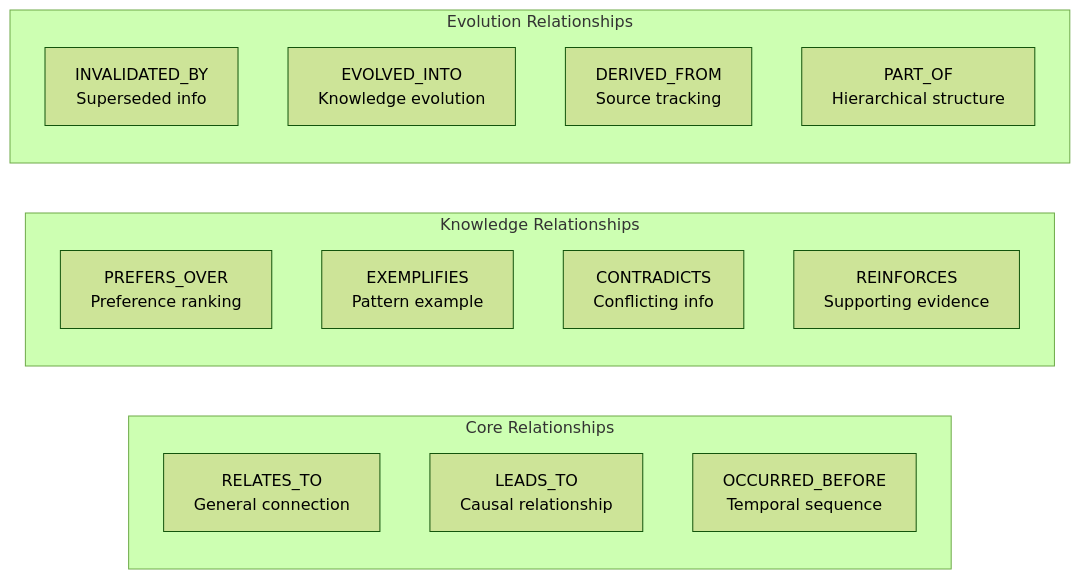
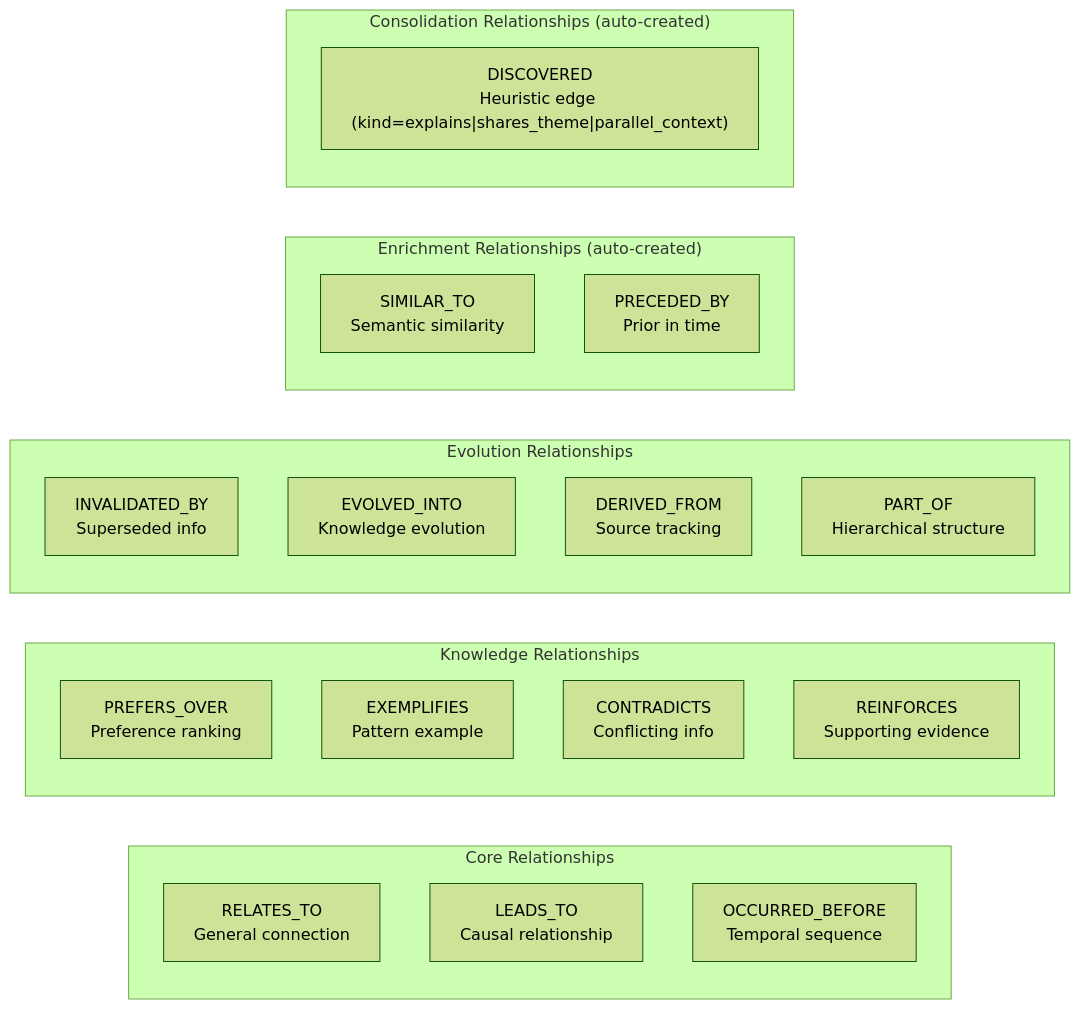
Before and after one commit to verygoodplugins/automem-website: the first of 4 diagrams in src/content/docs/docs/core-concepts/relationship-types.md, drawn with Mermaid (forest theme). The commit also changed other lines of this file and 52 other files, not shown here.

````diff
--- a/src/content/docs/docs/core-concepts/relationship-types.md
+++ b/src/content/docs/docs/core-concepts/relationship-types.md
@@ -37,22 +38,31 @@
 ```mermaid
 graph LR
     subgraph "Core Relationships"
         RELATES_TO["RELATES_TO<br/>General connection"]
         LEADS_TO["LEADS_TO<br/>Causal relationship"]
         OCCURRED_BEFORE["OCCURRED_BEFORE<br/>Temporal sequence"]
     end
 
     subgraph "Knowledge Relationships"
         PREFERS_OVER["PREFERS_OVER<br/>Preference ranking"]
         EXEMPLIFIES["EXEMPLIFIES<br/>Pattern example"]
         CONTRADICTS["CONTRADICTS<br/>Conflicting info"]
         REINFORCES["REINFORCES<br/>Supporting evidence"]
     end
 
     subgraph "Evolution Relationships"
         INVALIDATED_BY["INVALIDATED_BY<br/>Superseded info"]
         EVOLVED_INTO["EVOLVED_INTO<br/>Knowledge evolution"]
         DERIVED_FROM["DERIVED_FROM<br/>Source tracking"]
         PART_OF["PART_OF<br/>Hierarchical structure"]
     end
+
+    subgraph "Enrichment Relationships (auto-created)"
+        SIMILAR_TO["SIMILAR_TO<br/>Semantic similarity"]
+        PRECEDED_BY["PRECEDED_BY<br/>Prior in time"]
+    end
+
+    subgraph "Consolidation Relationships (auto-created)"
+        DISCOVERED["DISCOVERED<br/>Heuristic edge (kind=explains|shares_theme|parallel_context)"]
+    end
 ```
````
